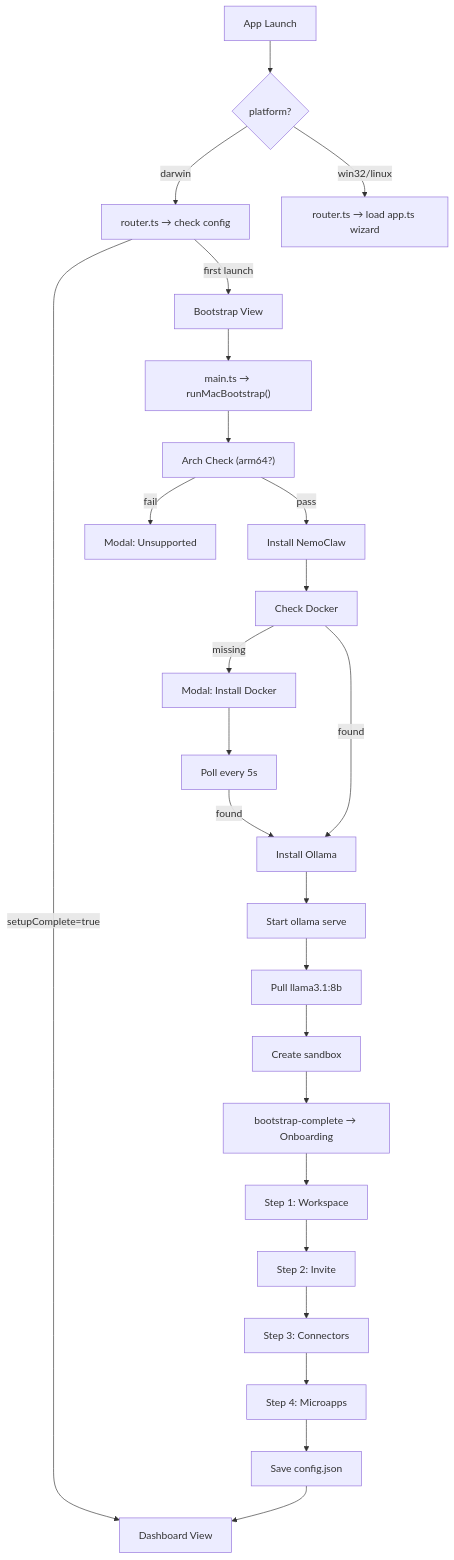
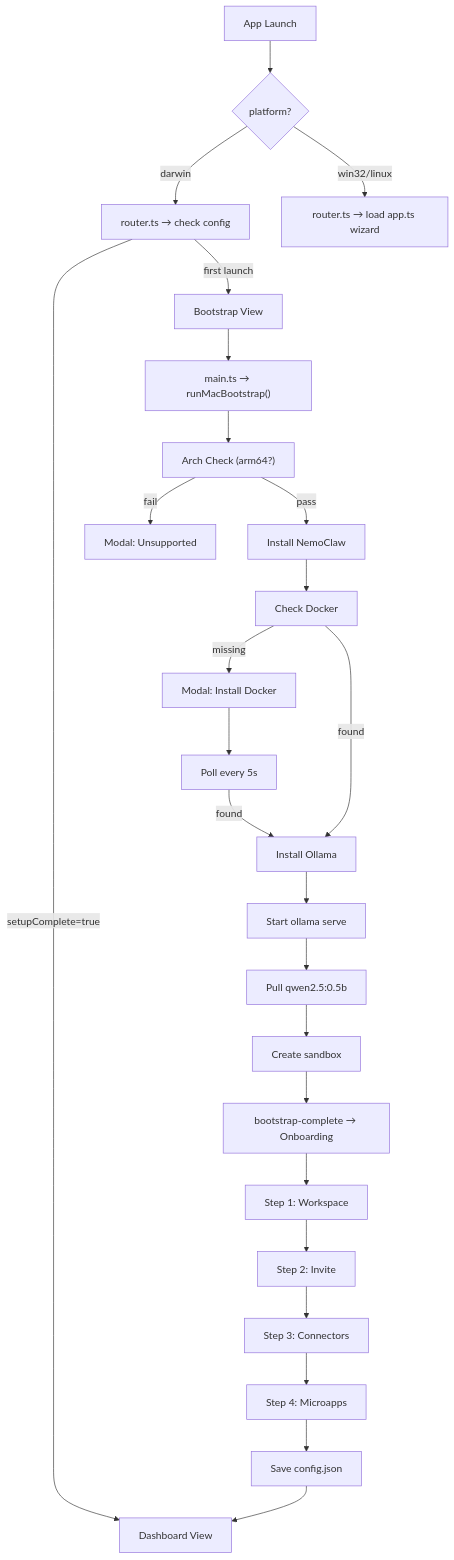
The diagram in walkthrough.md (codeacioustech/NemoClaw), drawn with Mermaid before and after one commit. The commit also changed other lines of this file and 6 other files, not shown here.

````diff
--- a/walkthrough.md
+++ b/walkthrough.md
@@ -16,30 +16,30 @@
 ```mermaid
 flowchart TD
     A["App Launch"] --> B{platform?}
     B -->|darwin| C["router.ts → check config"]
     B -->|win32/linux| D["router.ts → load app.ts wizard"]
     
     C -->|setupComplete=true| E["Dashboard View"]
     C -->|first launch| F["Bootstrap View"]
     
     F --> G["main.ts → runMacBootstrap()"]
     G --> H["Arch Check (arm64?)"]
     H -->|fail| I["Modal: Unsupported"]
     H -->|pass| J["Install NemoClaw"]
     J --> K["Check Docker"]
     K -->|missing| L["Modal: Install Docker"]
     L --> M["Poll every 5s"]
     K -->|found| N["Install Ollama"]
     M -->|found| N
     N --> O["Start ollama serve"]
-    O --> P["Pull llama3.1:8b"]
+    O --> P["Pull qwen2.5:0.5b"]
     P --> Q["Create sandbox"]
     Q --> R["bootstrap-complete → Onboarding"]
     
     R --> S["Step 1: Workspace"]
     S --> T["Step 2: Invite"]
     T --> U["Step 3: Connectors"]
     U --> V["Step 4: Microapps"]
     V --> W["Save config.json"]
     W --> E
 ```
````
